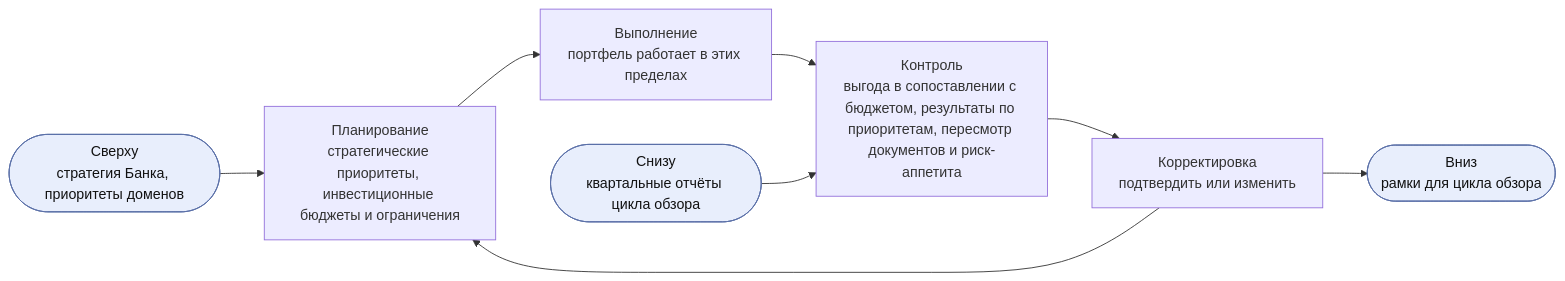
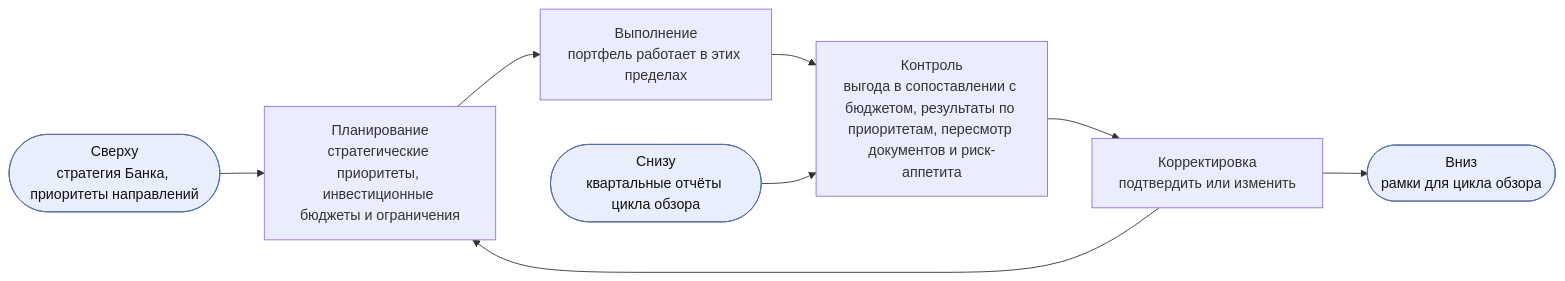
The first of 8 diagrams in charter/ru/documents/portfolio-management-model.md (devhogu/ob-aicc), drawn with Mermaid before and after one commit. The commit also changed other lines of this file and 290 other files, not shown here.

First line of the commit message:
Russian edition: Domain is «направление» (владелец направления, эксперт направления); Strategic Priority 3 is «AI в работе направлений Банка»

````diff
--- a/charter/ru/documents/portfolio-management-model.md
+++ b/charter/ru/documents/portfolio-management-model.md
@@ -62,8 +62,8 @@
 ```mermaid
 flowchart LR
-  IN(["Сверху<br/>стратегия Банка, приоритеты доменов"]):::iface --> P
+  IN(["Сверху<br/>стратегия Банка, приоритеты направлений"]):::iface --> P
   P["Планирование<br/>стратегические приоритеты, инвестиционные бюджеты и ограничения"] --> D["Выполнение<br/>портфель работает в этих пределах"] --> C["Контроль<br/>выгода в сопоставлении с бюджетом, результаты по приоритетам, пересмотр документов и риск-аппетита"] --> A["Корректировка<br/>подтвердить или изменить"] --> P
   EV(["Снизу<br/>квартальные отчёты цикла обзора"]):::iface --> C
   A --> OUT(["Вниз<br/>рамки для цикла обзора"]):::iface
   classDef iface fill:#e8eefc,stroke:#5a6fa8,color:#111
 ```
````
